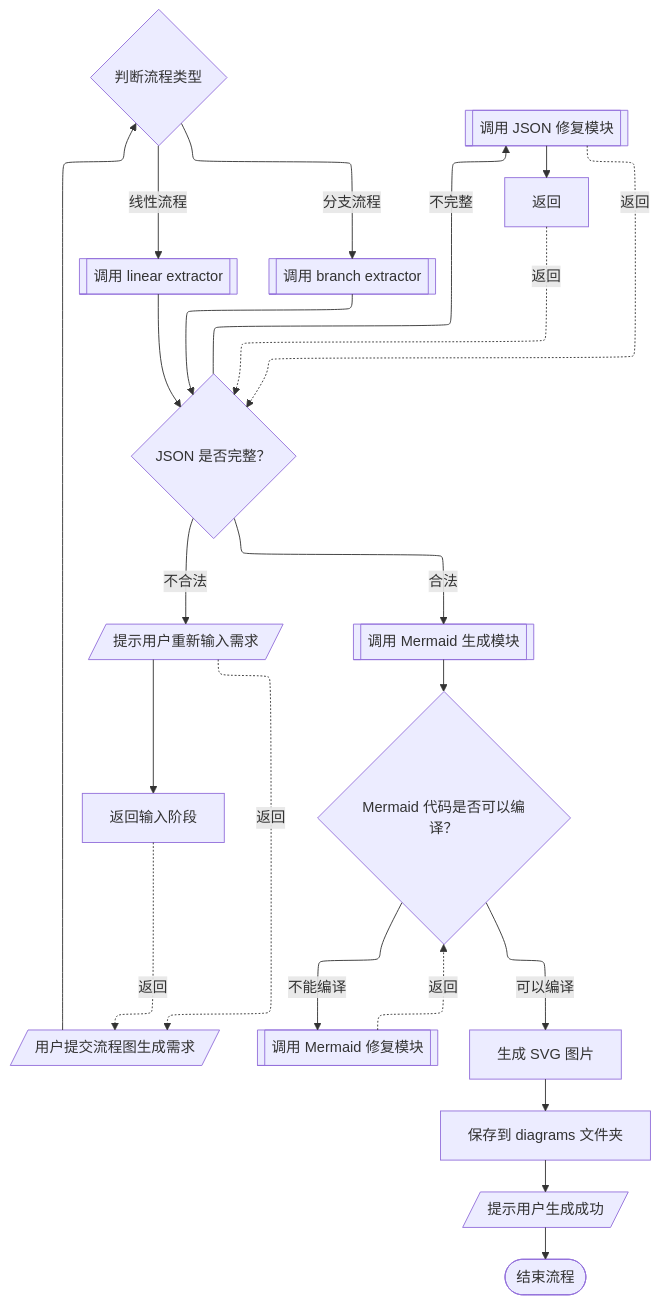
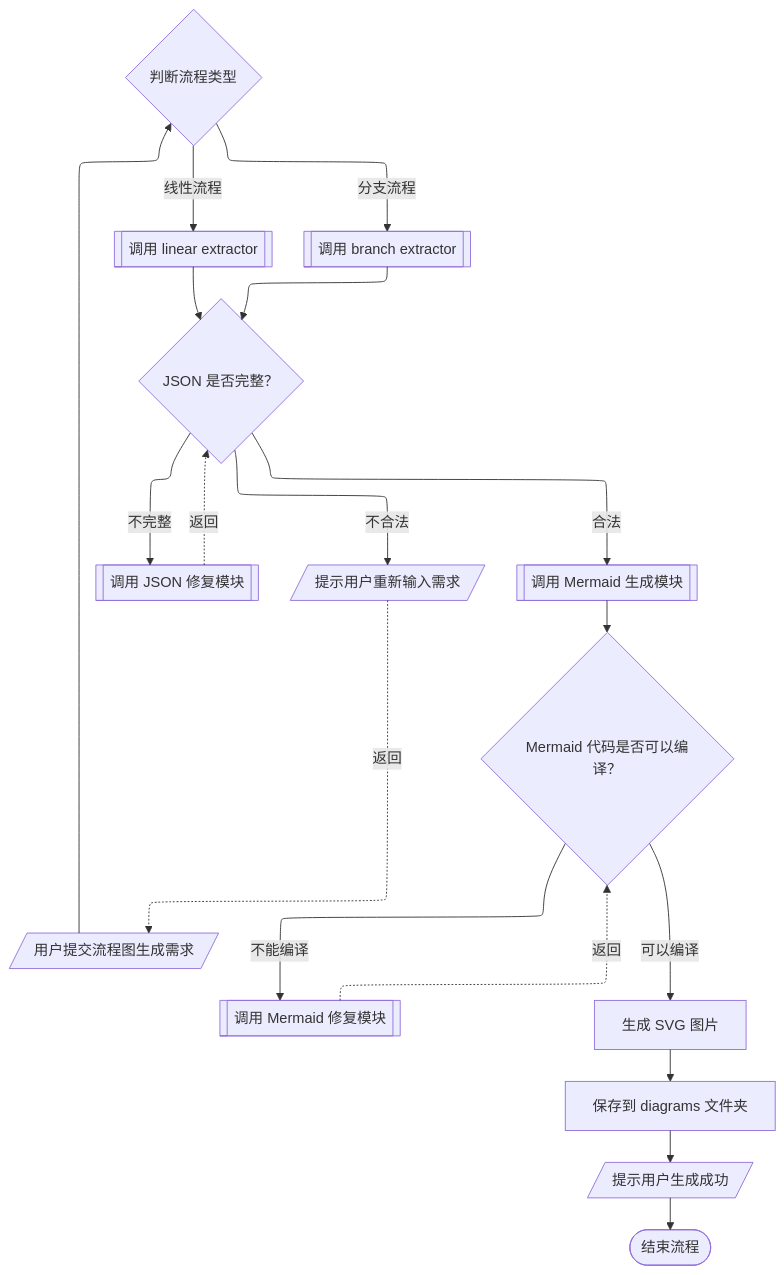
Before and after one commit to pujipia/Agent-Practise: the diagram in diagrams/branch_flowchart.mmd, drawn with Mermaid. The commit also changed 2 other files, not shown here.

Commit message:
The version.6.2 has generated a relatively ideal flowchart but the decision step '是否完整' and '是否合法' would be better if divided into two steps

```diff
--- a/diagrams/branch_flowchart.mmd
+++ b/diagrams/branch_flowchart.mmd
@@ -1,40 +1,34 @@
 %%{init: {"flowchart": {"defaultRenderer": "elk"}}}%%
 flowchart TD
 A[/"用户提交流程图生成需求"/]
 B{"判断流程类型"}
 C[["调用 linear extractor"]]
 D[["调用 branch extractor"]]
 E{"JSON 是否完整？"}
 F[["调用 JSON 修复模块"]]
-G["返回"]
 H[/"提示用户重新输入需求"/]
-I["返回输入阶段"]
 J[["调用 Mermaid 生成模块"]]
 K{"Mermaid 代码是否可以编译？"}
 L[["调用 Mermaid 修复模块"]]
 M["生成 SVG 图片"]
 N["保存到 diagrams 文件夹"]
 O[/"提示用户生成成功"/]
 P(["结束流程"])
 
 A --> B
 B -->|线性流程| C
 B -->|分支流程| D
 E -->|不完整| F
-F --> G
-G -.->|返回| E
 E -->|不合法| H
-H --> I
-I -.->|返回| A
 E -->|合法| J
 J --> K
 K -->|不能编译| L
 L -.->|返回| K
 K -->|可以编译| M
 M --> N
 N --> O
 O --> P
 C --> E
 D --> E
 F -.->|返回| E
 H -.->|返回| A
```
